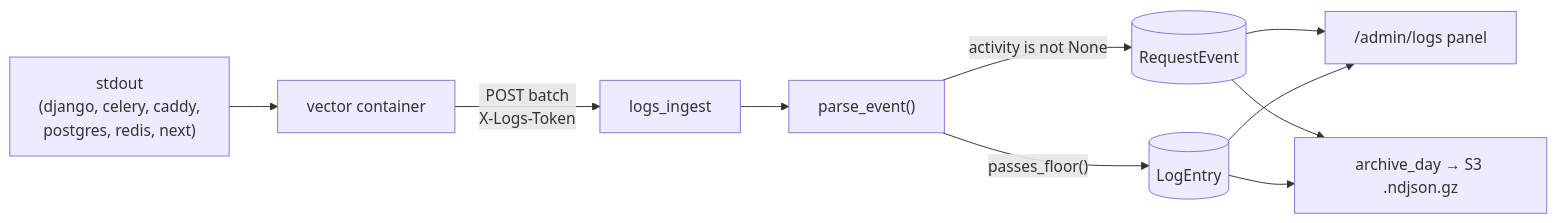
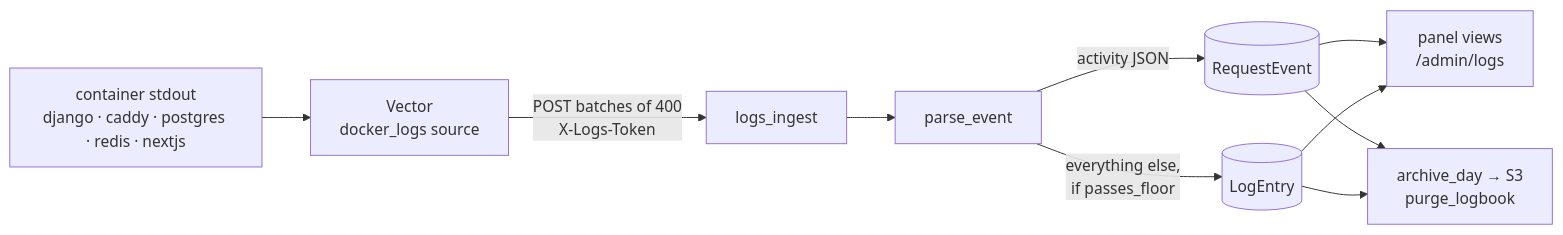
One commit to tahayusufkomur/contentor changed the diagram in docs/wiki/observability-usage-analytics.md. Above: the diagram before and after it, drawn with Mermaid. The commit also changed other lines of this file and 7 other files, not shown here.

````diff
--- a/docs/wiki/observability-usage-analytics.md
+++ b/docs/wiki/observability-usage-analytics.md
@@ -24,11 +22,10 @@
 ```mermaid
 flowchart LR
-  A["stdout<br/>(django, celery, caddy,<br/>postgres, redis, next)"] --> V[vector container]
-  V -->|"POST batch<br/>X-Logs-Token"| I["logs_ingest"]
-  I --> P["parse_event()"]
-  P -->|"activity is not None"| RE[(RequestEvent)]
-  P -->|"passes_floor()"| LE[(LogEntry)]
-  RE --> PANEL["/admin/logs panel"]
-  LE --> PANEL
-  RE & LE --> ARC["archive_day → S3 .ndjson.gz"]
+  C[container stdout<br/>django · caddy · postgres · redis · nextjs] --> V[Vector<br/>docker_logs source]
+  V -->|"POST batches of 400<br/>X-Logs-Token"| I[logs_ingest]
+  I --> P[parse_event]
+  P -->|activity JSON| RE[(RequestEvent)]
+  P -->|"everything else,<br/>if passes_floor"| LE[(LogEntry)]
+  RE & LE --> PANEL[panel views<br/>/admin/logs]
+  RE & LE --> ARCH[archive_day → S3<br/>purge_logbook]
 ```
````
